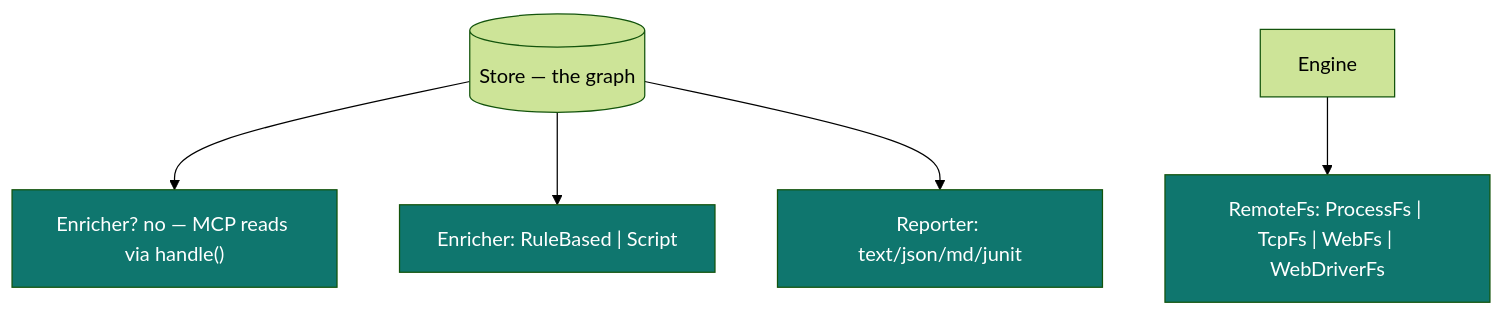
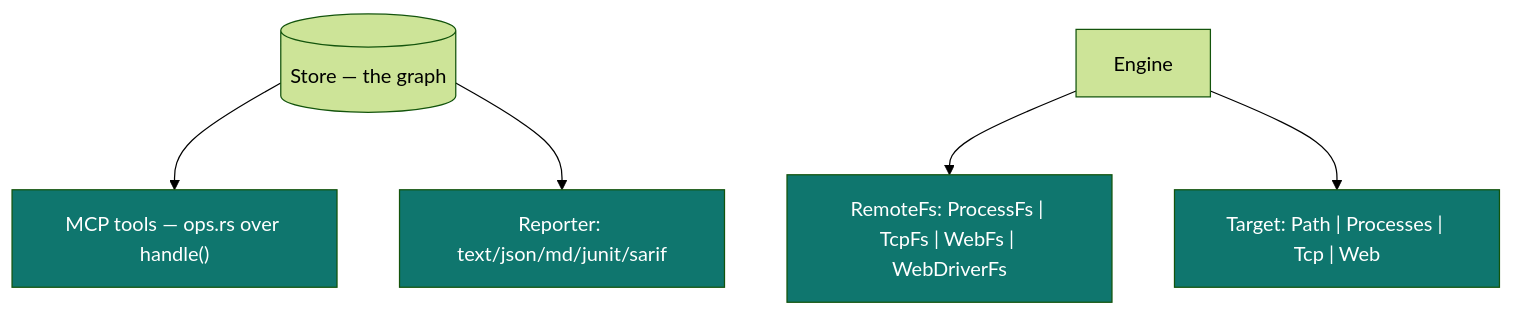
Before and after one commit to rangertaha/exfil: the sixth of 6 diagrams in docs/src/architecture/integrations.md, drawn with Mermaid (forest theme). The commit also changed other lines of this file and 45 other files, not shown here.

````diff
--- a/docs/src/architecture/integrations.md
+++ b/docs/src/architecture/integrations.md
@@ -224,11 +218,11 @@
 ```mermaid
 flowchart TD
     STORE[(Store — the graph)]
-    STORE --> MCP["Enricher? no — MCP reads via handle()"]
-    STORE --> ENR["Enricher: RuleBased | Script"]
-    STORE --> REP["Reporter: text/json/md/junit"]
+    STORE --> MCP["MCP tools — ops.rs over handle()"]
+    STORE --> REP["Reporter: text/json/md/junit/sarif"]
     ENGINE["Engine"] --> RFS["RemoteFs: ProcessFs | TcpFs | WebFs | WebDriverFs"]
+    ENGINE --> TGT["Target: Path | Processes | Tcp | Web"]
 
     classDef t fill:#0f766e,color:#fff
-    class MCP,ENR,REP,RFS t
+    class MCP,REP,RFS,TGT t
 ```
````
